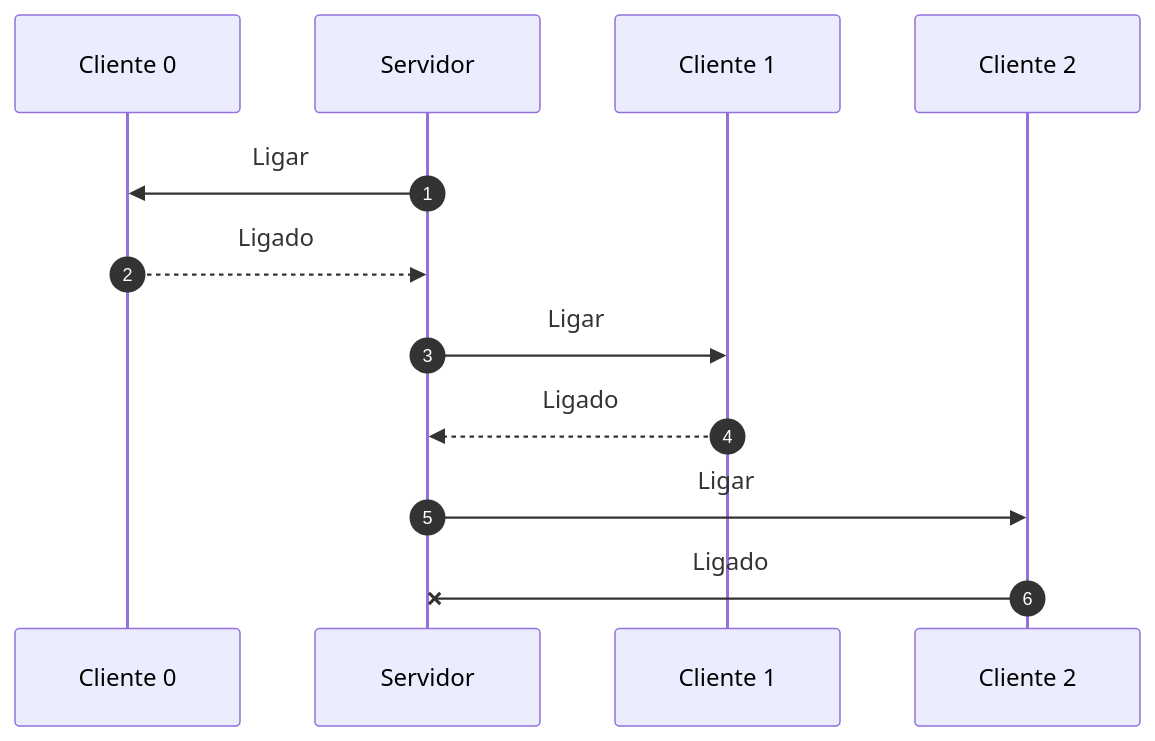
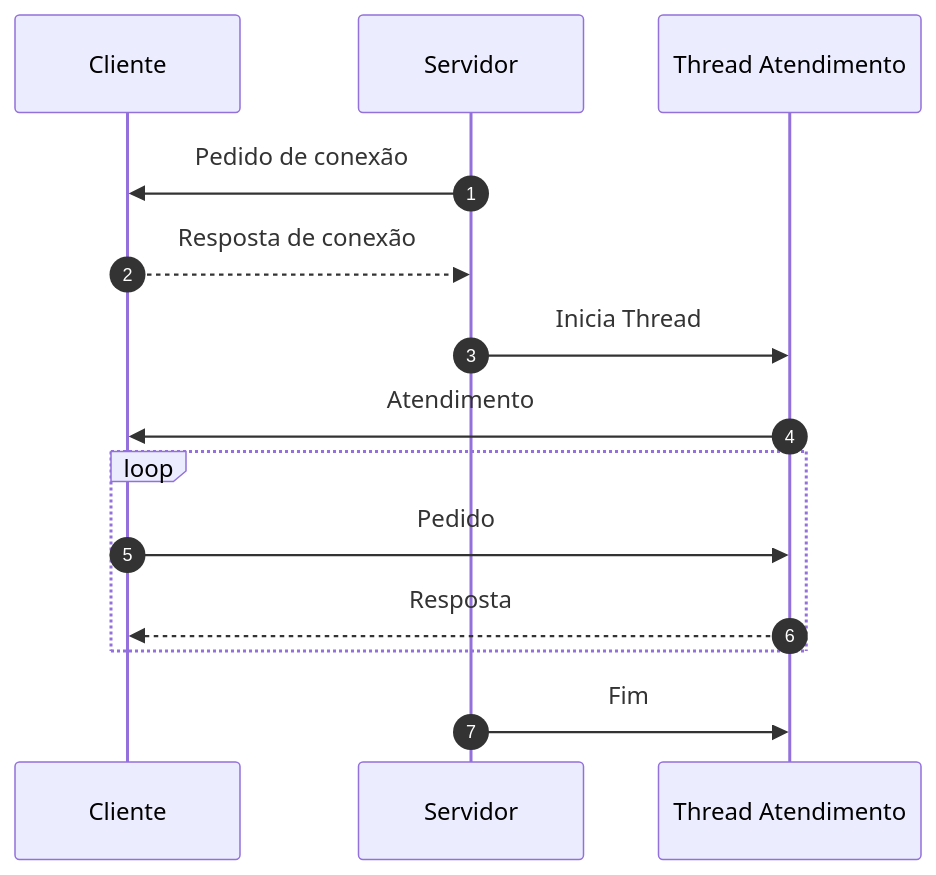
One commit to wagnerfloresdossantos/engtelecom-ifsc-sj changed the second of 2 diagrams in std-2025.2/lab-02-multi-clientes-server/lab-02/servidor/Readme.md. Above: the diagram before and after it, drawn with Mermaid. The commit also changed 29 other files, not shown here.

````diff
--- a/std-2025.2/lab-02-multi-clientes-server/lab-02/servidor/Readme.md
+++ b/std-2025.2/lab-02-multi-clientes-server/lab-02/servidor/Readme.md
@@ -30,24 +30,30 @@
 ```mermaid
 ---
     theme: forest
     sequence:
         actorMargin: 100
         boxPadding: 20
         mirrorActors: false
 ---
 
 sequenceDiagram
     autonumber
-    participant C0 as Cliente 0
+    participant C0 as Cliente 
     participant S as Servidor
-    participant C1 as Cliente 1
-    participant C2 as Cliente 2
+    participant C1 as Thread Atendimento
 
-    S->>C0: Ligar
-    C0-->>S: Ligado
-    S->>C1: Ligar
-    C1-->>S: Ligado
-    S->>C2: Ligar
-    C2-x S: Ligado
+    S->>C0: Pedido de conexão
+    C0-->>S: Resposta de conexão
+    S->>C1: Inicia Thread
+    C1->>C0: Atendimento
+
+
+    
+    loop
+        C0->>C1: Pedido
+        C1-->>C0: Resposta
+    end
+    S->>C1: Fim
+
     
 ```
````
